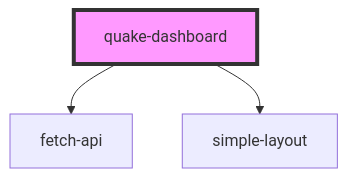
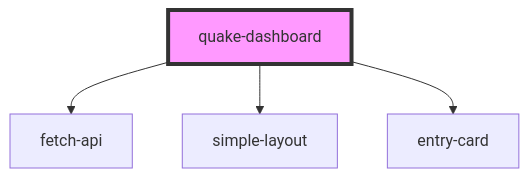
Before and after one commit to phodal/quake: the diagram in quake_webapp/dashboard/src/components/quake-dashboard/readme.md, drawn with Mermaid. The commit also changed other lines of this file and 2 other files, not shown here.

````diff
--- a/quake_webapp/dashboard/src/components/quake-dashboard/readme.md
+++ b/quake_webapp/dashboard/src/components/quake-dashboard/readme.md
@@ -30,6 +31,7 @@
 ```mermaid
 graph TD;
   quake-dashboard --> fetch-api
   quake-dashboard --> simple-layout
+  quake-dashboard --> entry-card
   style quake-dashboard fill:#f9f,stroke:#333,stroke-width:4px
 ```
````
